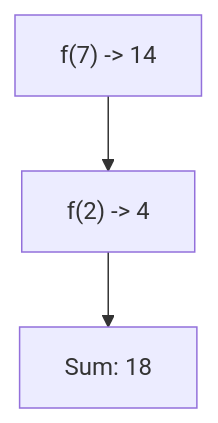
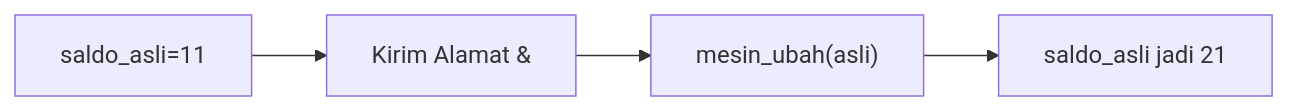
Diagram 12 of 25 in part-c-pemahaman-cpp/04-fungsi/latihan/set-02.md (amnahwaida/OSNK_INF_PREP), drawn with Mermaid before and after one commit. The commit also changed other lines of this file and 71 other files, not shown here.

````diff
--- a/part-c-pemahaman-cpp/04-fungsi/latihan/set-02.md
+++ b/part-c-pemahaman-cpp/04-fungsi/latihan/set-02.md
@@ -315,5 +329,6 @@
 ```mermaid
-graph TD
-A["f(7) -> 14"] --> B["f(2) -> 4"]
-B --> C["Sum: 18"]
+graph LR
+A["saldo_asli=11"] --> B["Kirim Alamat &"]
+B --> C["mesin_ubah(asli)"]
+C --> D["saldo_asli jadi 21"]
 ```
````
